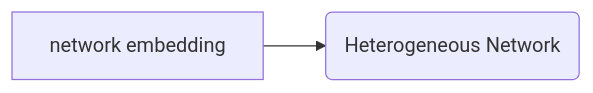
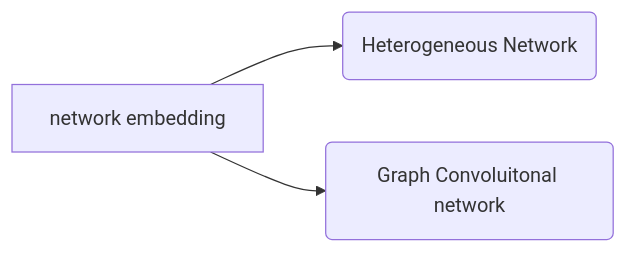
One commit to GuodongFan/GuodongFan.github.io changed the second of 2 diagrams in _posts/2019-08-21-Plan.md. Above: the diagram before and after it, drawn with Mermaid.

```diff
--- a/_posts/2019-08-21-Plan.md
+++ b/_posts/2019-08-21-Plan.md
@@ -25,5 +25,6 @@
 <div class="mermaid">
 graph LR
 
 A[network embedding] --> B(Heterogeneous Network)
+A --> C(Graph Convoluitonal network)
 </div>
```
